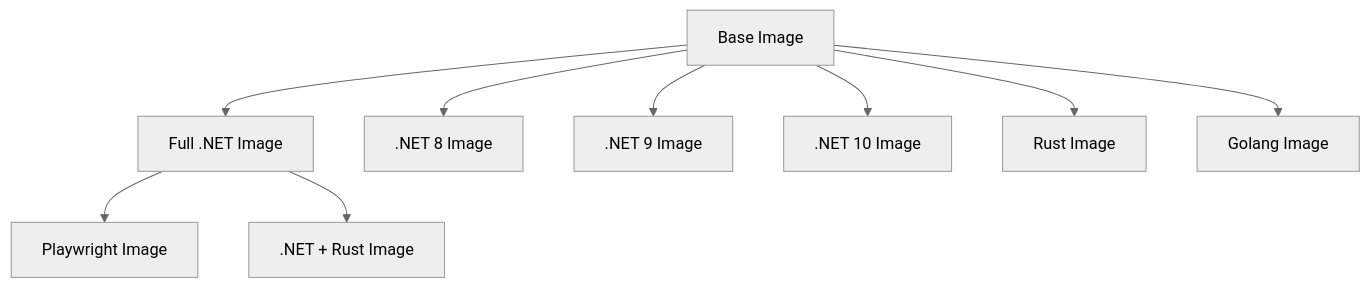
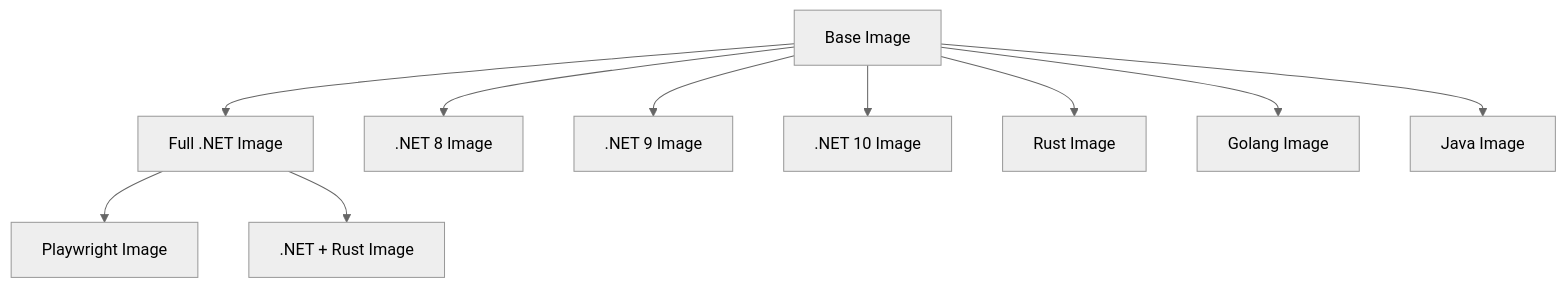
The diagram in docs/docker-images.md (GordonBeeming/copilot_here), drawn with Mermaid (neutral theme) before and after one commit. The commit also changed other lines of this file and 19 other files, not shown here.

First line of the commit message:
feat: Add Java image variant and --image CLI flag for custom images (#87)

````diff
--- a/docs/docker-images.md
+++ b/docs/docker-images.md
@@ -83,11 +94,12 @@
 ```mermaid
 graph TD
     Base[Base Image] --> Dotnet[Full .NET Image]
     Base --> Dotnet8[.NET 8 Image]
     Base --> Dotnet9[.NET 9 Image]
     Base --> Dotnet10[.NET 10 Image]
     Base --> Rust[Rust Image]
     Base --> Golang[Golang Image]
+    Base --> Java[Java Image]
     Dotnet --> Playwright[Playwright Image]
     Dotnet --> DotnetRust[.NET + Rust Image]
 ```
````
